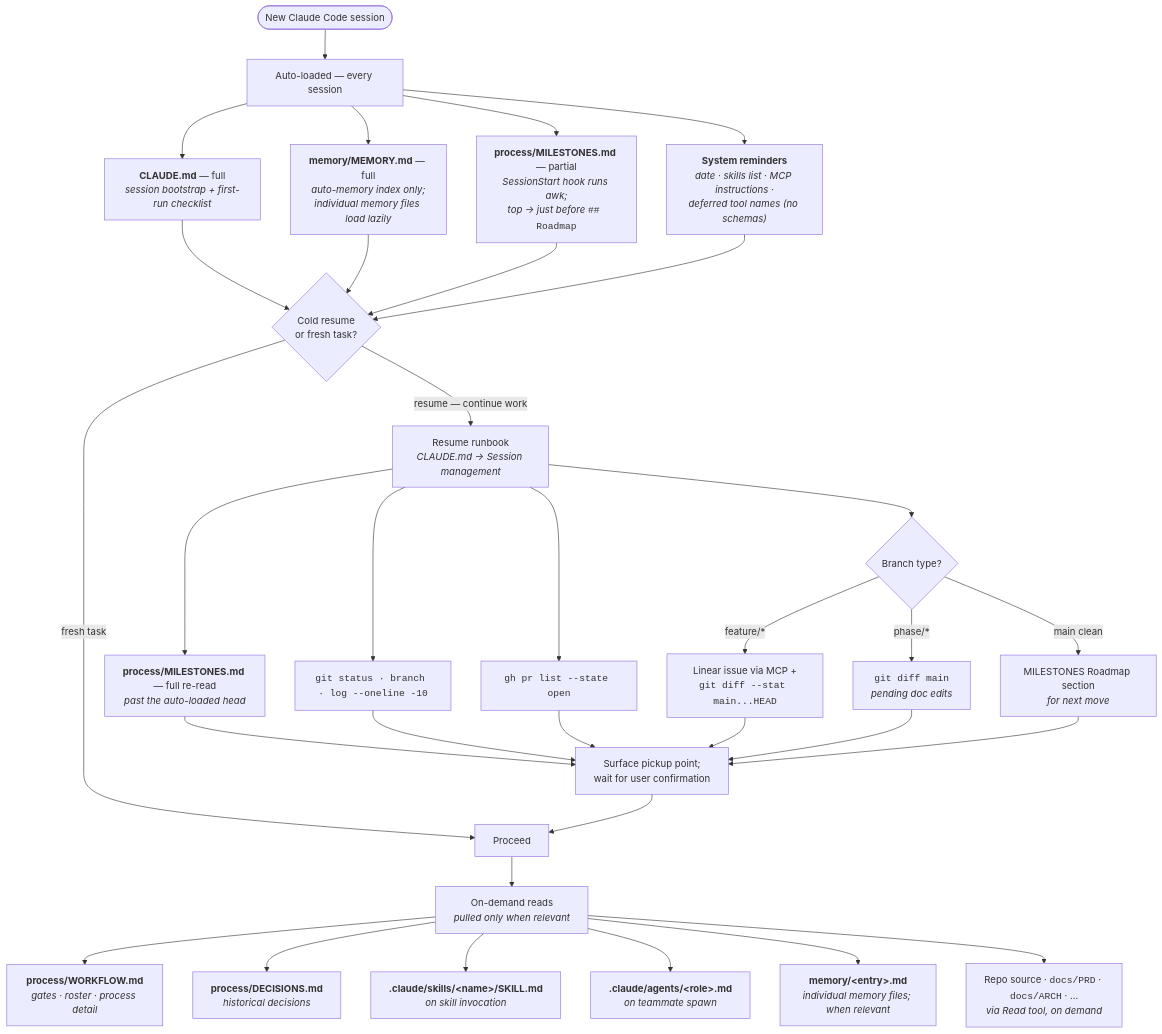
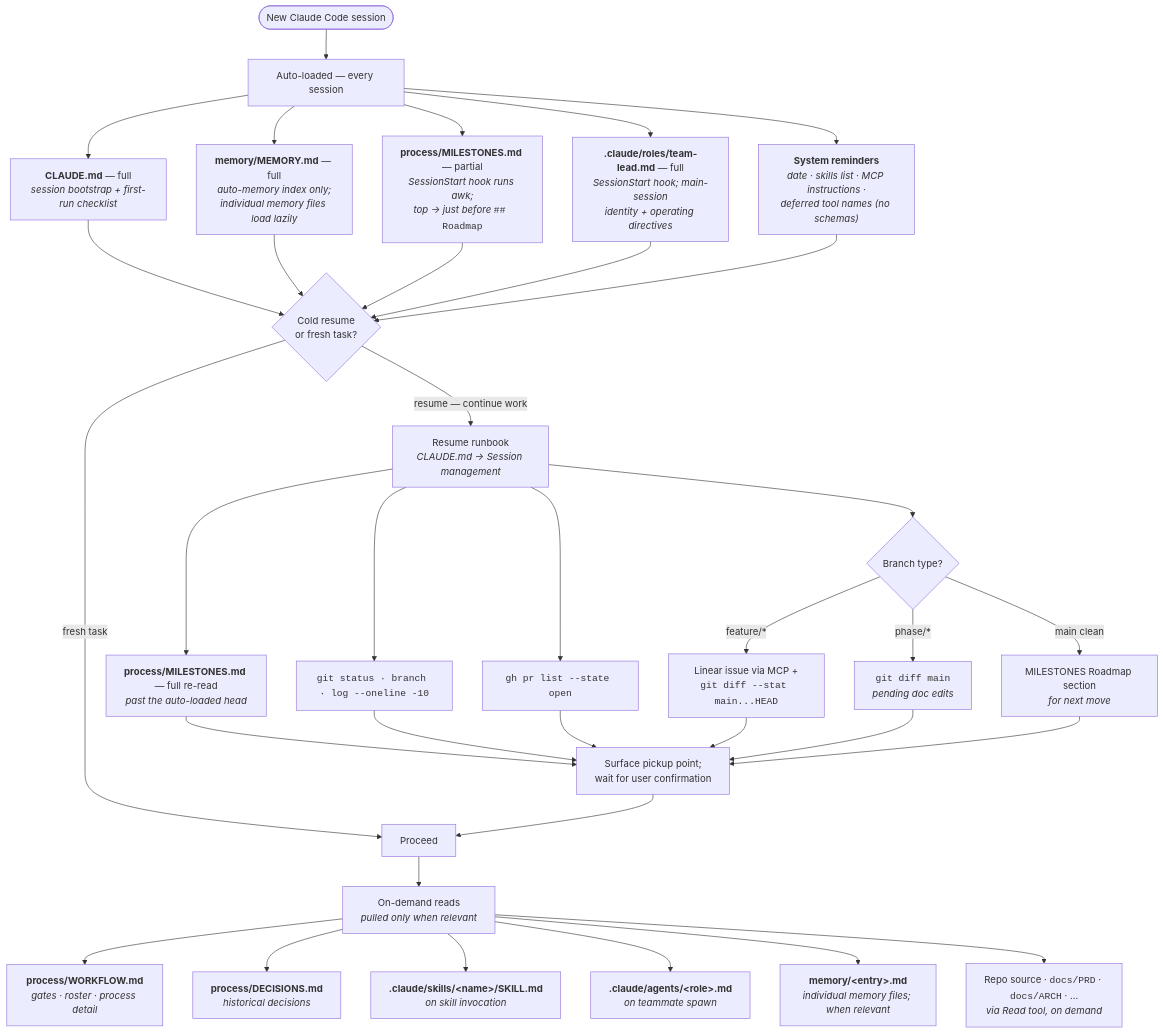
Before and after one commit to richmosko/project_template: the second of 2 diagrams in README.md, drawn with Mermaid. The commit also changed other lines of this file and 13 other files, not shown here.

First line of the commit message:
docs(meta): team-lead role, hand-off protocol, and MCP-routing adoption from mosko-fintech (#26)

````diff
--- a/README.md
+++ b/README.md
@@ -157,46 +157,48 @@
 ```mermaid
 flowchart TD
   S0([New Claude Code session])
 
   S0 --> A["Auto-loaded — every session"]
 
   A --> A1["<b>CLAUDE.md</b> — full<br/><i>session bootstrap + first-run checklist</i>"]
   A --> A2["<b>memory/MEMORY.md</b> — full<br/><i>auto-memory index only;<br/>individual memory files load lazily</i>"]
   A --> A3["<b>process/MILESTONES.md</b> — partial<br/><i>SessionStart hook runs awk;<br/>top → just before</i> <code>## Roadmap</code>"]
-  A --> A4["<b>System reminders</b><br/><i>date · skills list · MCP instructions ·<br/>deferred tool names (no schemas)</i>"]
+  A --> A4["<b>.claude/roles/team-lead.md</b> — full<br/><i>SessionStart hook; main-session<br/>identity + operating directives</i>"]
+  A --> A5["<b>System reminders</b><br/><i>date · skills list · MCP instructions ·<br/>deferred tool names (no schemas)</i>"]
 
   A1 --> Q{"Cold resume<br/>or fresh task?"}
   A2 --> Q
   A3 --> Q
   A4 --> Q
+  A5 --> Q
 
   Q -->|resume — continue work| RB["Resume runbook<br/><i>CLAUDE.md → Session management</i>"]
 
   RB --> R1["<b>process/MILESTONES.md</b> — full re-read<br/><i>past the auto-loaded head</i>"]
   RB --> R2["<code>git status · branch · log --oneline -10</code>"]
   RB --> R3["<code>gh pr list --state open</code>"]
   RB --> BR{"Branch type?"}
 
   BR -->|feature/*| R5["Linear issue via MCP +<br/><code>git diff --stat main...HEAD</code>"]
   BR -->|phase/*| R6["<code>git diff main</code><br/><i>pending doc edits</i>"]
   BR -->|main clean| R7["MILESTONES Roadmap section<br/><i>for next move</i>"]
 
   R1 --> CONF["Surface pickup point;<br/>wait for user confirmation"]
   R2 --> CONF
   R3 --> CONF
   R5 --> CONF
   R6 --> CONF
   R7 --> CONF
 
   Q -->|fresh task| W["Proceed"]
   CONF --> W
 
   W --> LZ["On-demand reads<br/><i>pulled only when relevant</i>"]
 
   LZ --> L1["<b>process/WORKFLOW.md</b><br/><i>gates · roster · process detail</i>"]
   LZ --> L2["<b>process/DECISIONS.md</b><br/><i>historical decisions</i>"]
   LZ --> L3["<b>.claude/skills/&lt;name&gt;/SKILL.md</b><br/><i>on skill invocation</i>"]
   LZ --> L4["<b>.claude/agents/&lt;role&gt;.md</b><br/><i>on teammate spawn</i>"]
   LZ --> L5["<b>memory/&lt;entry&gt;.md</b><br/><i>individual memory files; when relevant</i>"]
   LZ --> L6["Repo source · <code>docs/PRD</code> · <code>docs/ARCH</code> · ...<br/><i>via Read tool, on demand</i>"]
 ```
````
